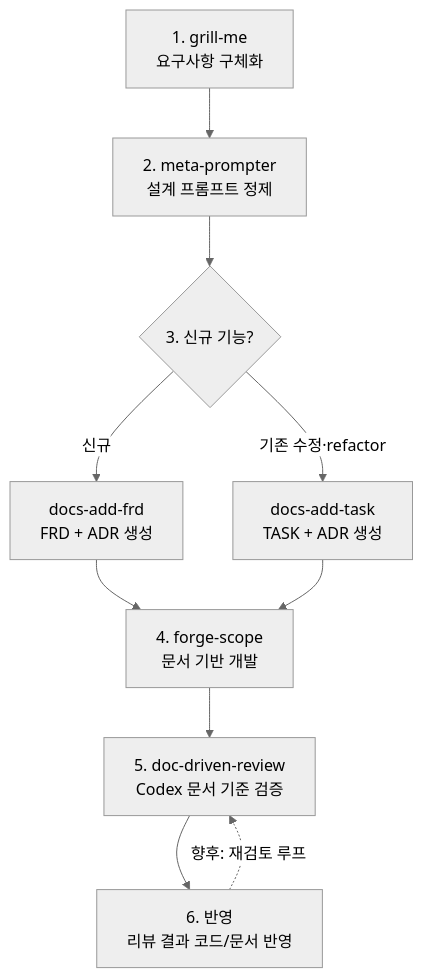
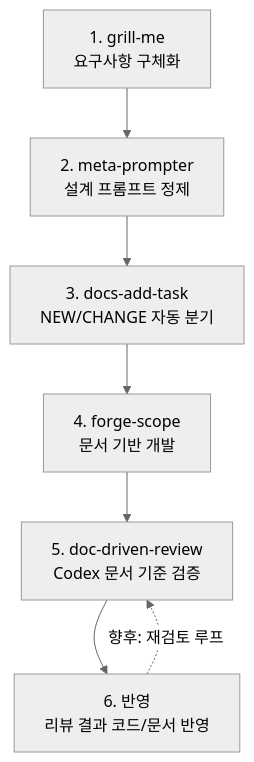
One commit to JaeCheon8587/Claudecode-For-Me changed the diagram in docs/DEVELOPMENT_PIPELINE.md. Above: the diagram before and after it, drawn with Mermaid (neutral theme). The commit also changed other lines of this file and 8 other files, not shown here.

Commit message:
[MOD] docs-add-frd 흡수 병합(NEW/CHANGE 단일화, plugin 2.1.0) + docs-add-task 품질·검증 룰 강화 및 TASK 템플릿 검증 기준화(GWT·literal·단위테스트 명세)

````diff
--- a/docs/DEVELOPMENT_PIPELINE.md
+++ b/docs/DEVELOPMENT_PIPELINE.md
@@ -27,12 +27,9 @@
 ```mermaid
 flowchart TD
     A["1. grill-me<br/>요구사항 구체화"] --> B["2. meta-prompter<br/>설계 프롬프트 정제"]
-    B --> C{"3. 신규 기능?"}
-    C -->|신규| D["docs-add-frd<br/>FRD + ADR 생성"]
-    C -->|기존 수정·refactor| E["docs-add-task<br/>TASK + ADR 생성"]
-    D --> F["4. forge-scope<br/>문서 기반 개발"]
-    E --> F
+    B --> C["3. docs-add-task<br/>NEW/CHANGE 자동 분기"]
+    C --> F["4. forge-scope<br/>문서 기반 개발"]
     F --> G["5. doc-driven-review<br/>Codex 문서 기준 검증"]
     G --> H["6. 반영<br/>리뷰 결과 코드/문서 반영"]
     H -.->|향후: 재검토 루프| G
 ```
````
